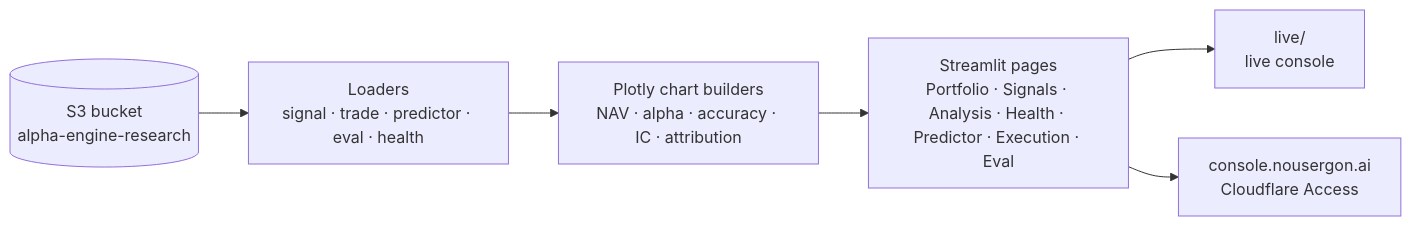
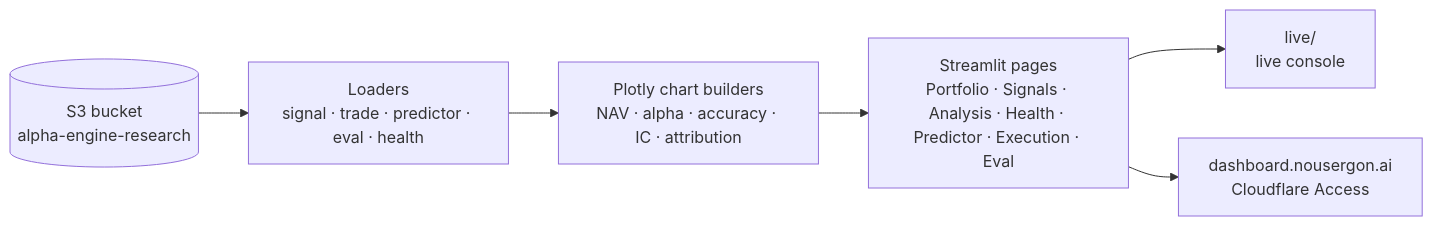
Before and after one commit to nousergon/crucible-dashboard: the diagram in README.md, drawn with Mermaid. The commit also changed other lines of this file and 23 other files, not shown here.

First line of the commit message:
docs(i377): promote dashboard.nousergon.ai as canonical Streamlit hostname (#607)

````diff
--- a/README.md
+++ b/README.md
@@ -32,8 +32,8 @@
 ```mermaid
 flowchart LR
     S3[(S3 bucket<br/>alpha-engine-research)] --> Loaders[Loaders<br/>signal · trade · predictor · eval · health]
     Loaders --> Charts[Plotly chart builders<br/>NAV · alpha · accuracy · IC · attribution]
     Charts --> Pages[Streamlit pages<br/>Portfolio · Signals · Analysis · Health · Predictor · Execution · Eval]
     Pages --> Live[live/<br/>live console]
-    Pages --> Private[console.nousergon.ai<br/>Cloudflare Access]
+    Pages --> Private[dashboard.nousergon.ai<br/>Cloudflare Access]
 ```
````
